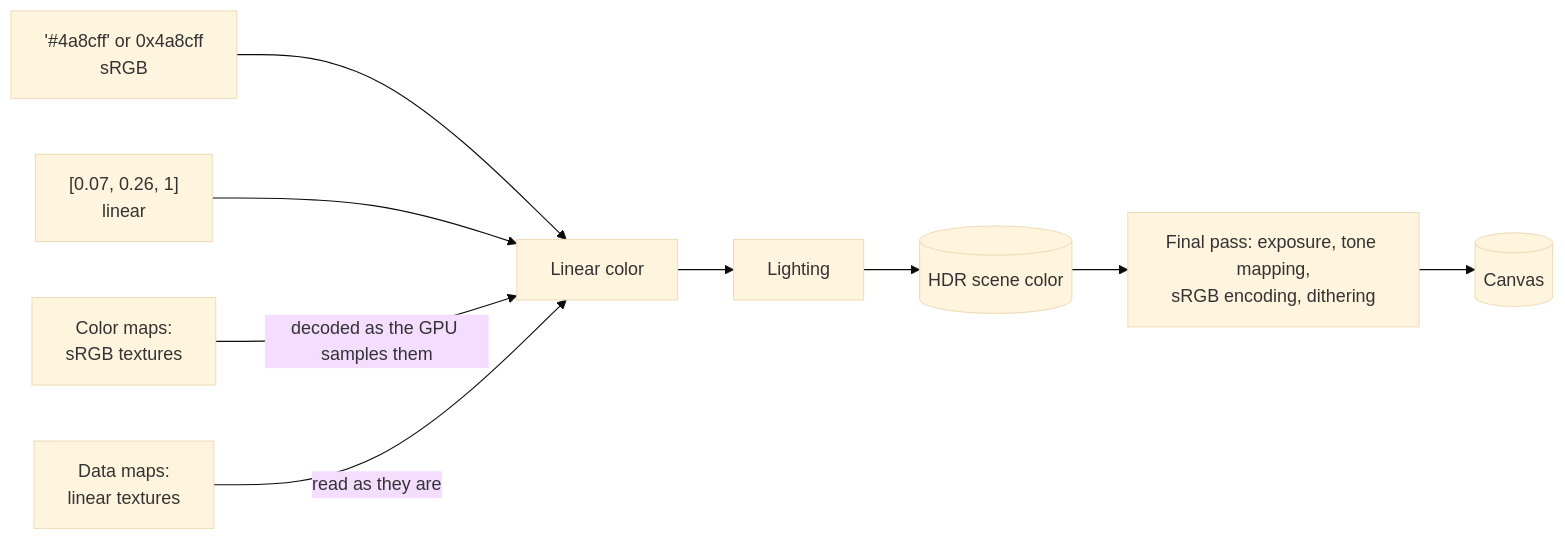
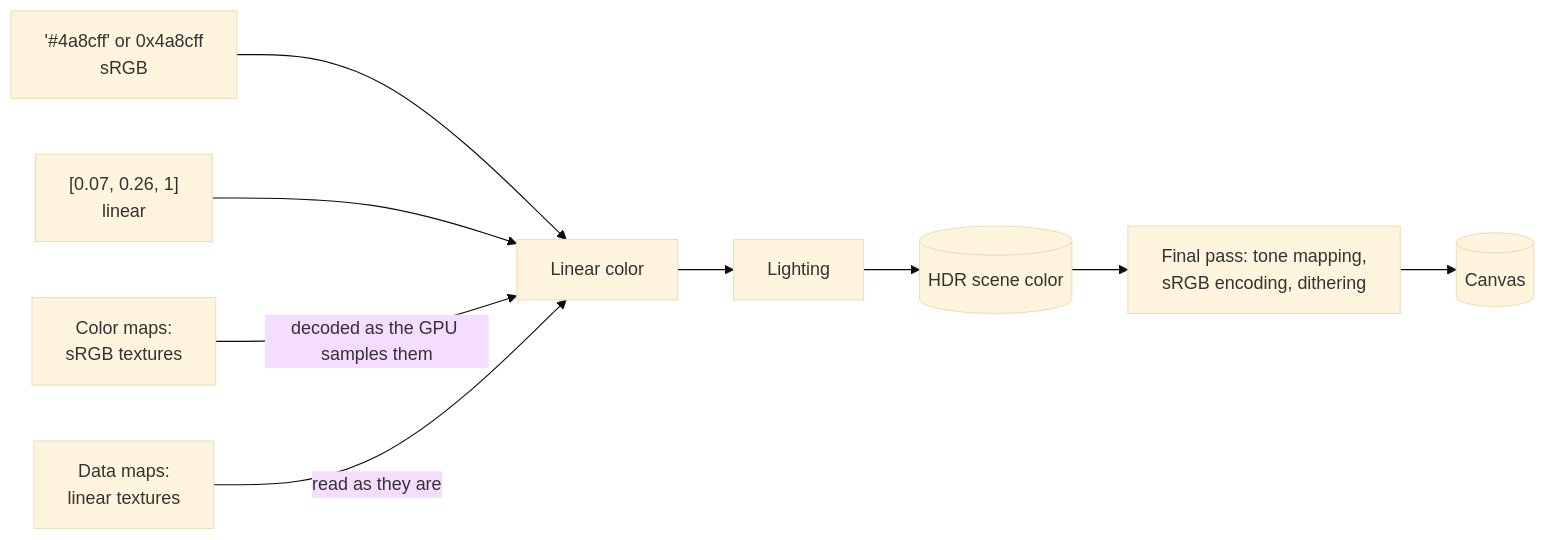
The diagram in docs/concepts/color-management.md (null3d-engine/null3d), drawn with Mermaid (base theme) before and after one commit. The commit also changed other lines of this file and 62 other files, not shown here.

````diff
--- a/docs/concepts/color-management.md
+++ b/docs/concepts/color-management.md
@@ -13,9 +13,9 @@
 ```mermaid
 flowchart LR
     hex["'#4a8cff' or 0x4a8cff<br/>sRGB"] --> linear
     arr["[0.07, 0.26, 1]<br/>linear"] --> linear
     maps["Color maps:<br/>sRGB textures"] -->|"decoded as the GPU samples them"| linear
     data["Data maps:<br/>linear textures"] -->|"read as they are"| linear
     linear["Linear color"] --> light["Lighting"] --> scene[("HDR scene color")]
-    scene --> final["Final pass: exposure, tone mapping,<br/>sRGB encoding, dithering"] --> canvas[("Canvas")]
+    scene --> final["Final pass: tone mapping,<br/>sRGB encoding, dithering"] --> canvas[("Canvas")]
 ```
````
